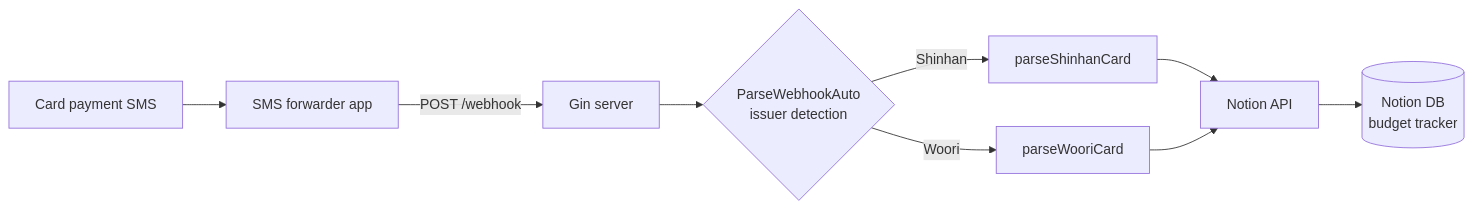
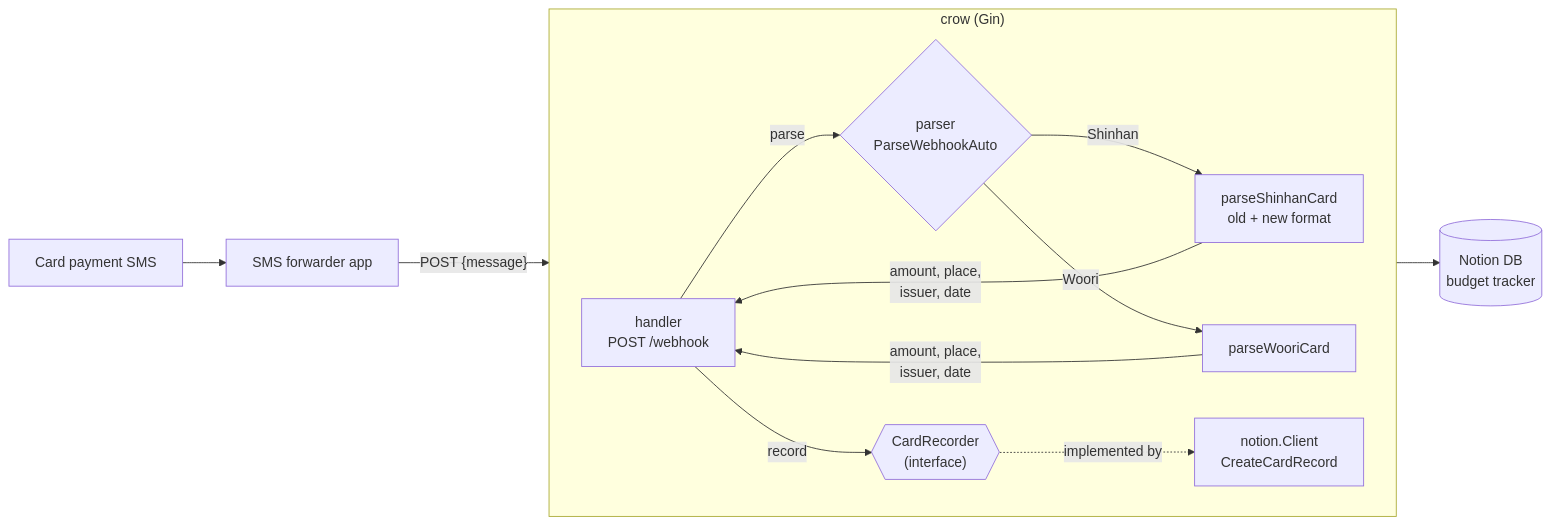
The diagram in README.md (nonasking/crow), drawn with Mermaid before and after one commit. The commit also changed other lines of this file and 2 other files, not shown here.

Commit message:
테스트 보강 및 README 아키텍처·테스트 섹션 갱신
- 핸들러: 이슈사별 성공, 잘못된 JSON·필드, 파싱 실패, Notion 실패 케이스
- 파서: 신한 구/신 형식, 우리 줄 배치, 비정상 입력 fixture 추가
- README: CardRecorder 인터페이스 반영한 다이어그램, 테스트 표

Claude-Session: https://claude.ai/code/session_01BTGLPJoK218zstuDxB6124

````diff
--- a/README.md
+++ b/README.md
@@ -17,11 +17,25 @@
 ```mermaid
 flowchart LR
     SMS[Card payment SMS] --> FWD[SMS forwarder app]
-    FWD -- "POST /webhook" --> GIN[Gin server]
-    GIN --> P{ParseWebhookAuto<br/>issuer detection}
-    P -->|Shinhan| PS[parseShinhanCard]
-    P -->|Woori| PW[parseWooriCard]
-    PS --> N[Notion API]
-    PW --> N
-    N --> DB[(Notion DB<br/>budget tracker)]
+
+    subgraph crow["crow (Gin)"]
+        direction LR
+        H["handler<br/>POST /webhook"]
+        P{"parser<br/>ParseWebhookAuto"}
+        PS["parseShinhanCard<br/>old + new format"]
+        PW[parseWooriCard]
+        CR{{"CardRecorder<br/>(interface)"}}
+        NC["notion.Client<br/>CreateCardRecord"]
+
+        H -- "parse" --> P
+        P -->|Shinhan| PS
+        P -->|Woori| PW
+        PS -- "amount, place,<br/>issuer, date" --> H
+        PW -- "amount, place,<br/>issuer, date" --> H
+        H -- "record" --> CR
+        CR -.implemented by.-> NC
+    end
+
+    FWD -- "POST {message}" --> H
+    NC --> DB[(Notion DB<br/>budget tracker)]
 ```
````
